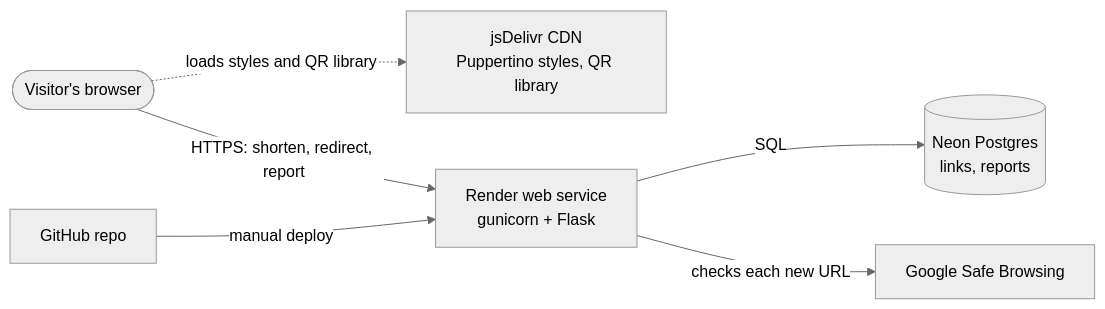
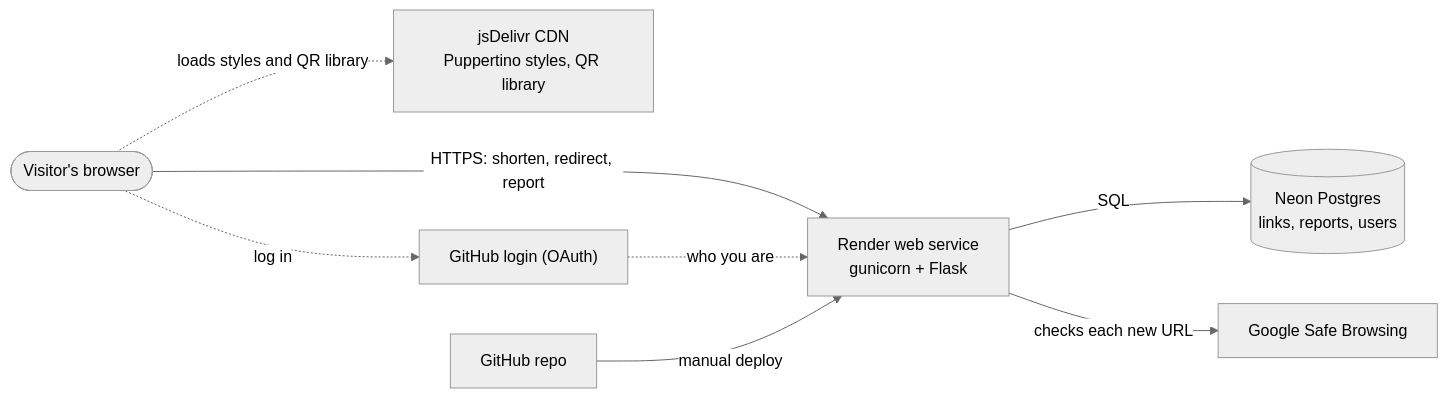
The diagram in README.md (martinipolice/snipurlnk), drawn with Mermaid (neutral theme) before and after one commit. The commit also changed other lines of this file, not shown here.

````diff
--- a/README.md
+++ b/README.md
@@ -76,15 +80,18 @@
 ```mermaid
 flowchart LR
     visitor(["Visitor's browser"])
     cdn["jsDelivr CDN<br/>Puppertino styles, QR library"]
     app["Render web service<br/>gunicorn + Flask"]
-    db[("Neon Postgres<br/>links, reports")]
+    db[("Neon Postgres<br/>links, reports, users")]
     google["Google Safe Browsing"]
+    ghlogin["GitHub login (OAuth)"]
     github["GitHub repo"]
 
     visitor -->|"HTTPS: shorten, redirect, report"| app
     visitor -.->|"loads styles and QR library"| cdn
+    visitor -.->|"log in"| ghlogin
+    ghlogin -.->|"who you are"| app
     app -->|"SQL"| db
     app -->|"checks each new URL"| google
     github -->|"manual deploy"| app
 ```
````
